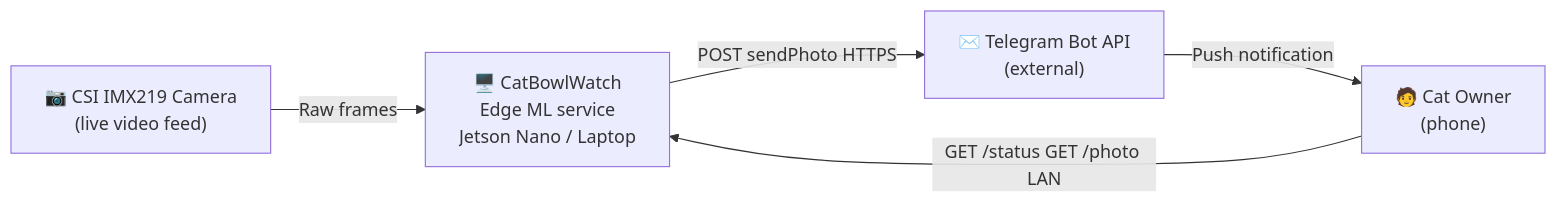
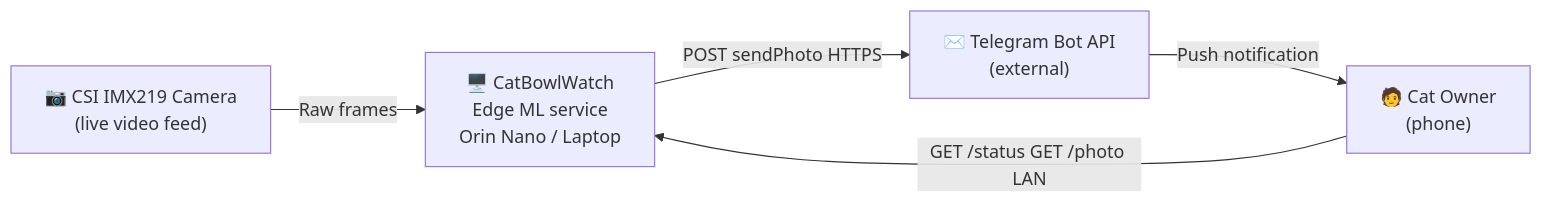
The first of 4 diagrams in docs/ARCHITECTURE.md (afonsocosta90/CatBowlWatch), drawn with Mermaid before and after one commit. The commit also changed other lines of this file and 18 other files, not shown here.

````diff
--- a/docs/ARCHITECTURE.md
+++ b/docs/ARCHITECTURE.md
@@ -12,12 +11,12 @@
 ```mermaid
 flowchart LR
     camera["📷 CSI IMX219 Camera<br/>(live video feed)"]
-    cbw["🖥️ CatBowlWatch<br/>Edge ML service<br/>Jetson Nano / Laptop"]
+    cbw["🖥️ CatBowlWatch<br/>Edge ML service<br/>Orin Nano / Laptop"]
     telegram["✉️ Telegram Bot API<br/>(external)"]
     owner["🧑 Cat Owner<br/>(phone)"]
 
     camera -->|"Raw frames"| cbw
     cbw -->|"POST sendPhoto HTTPS"| telegram
     telegram -->|"Push notification"| owner
     owner -->|"GET /status GET /photo LAN"| cbw
 ```
````
